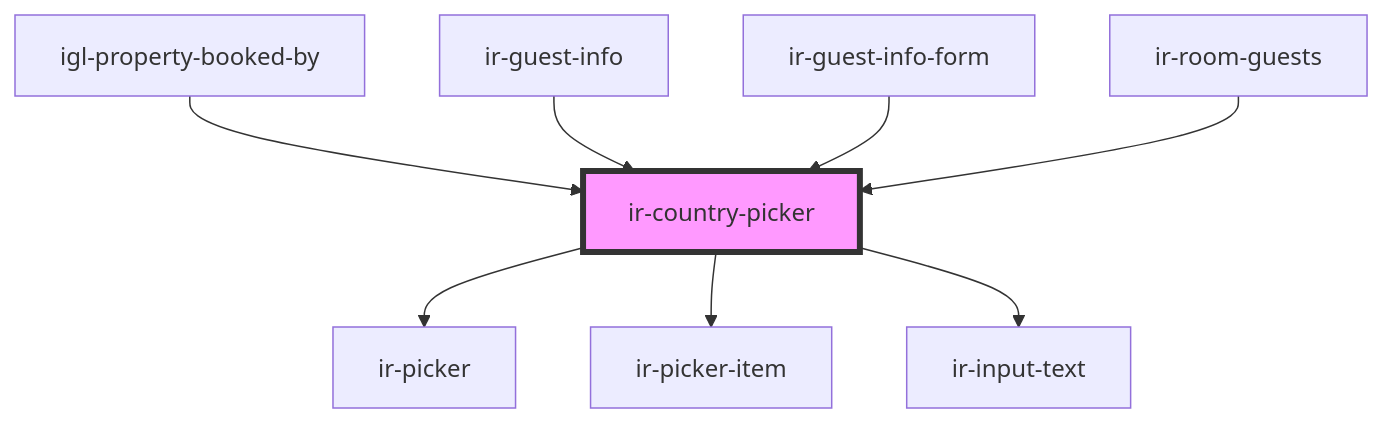
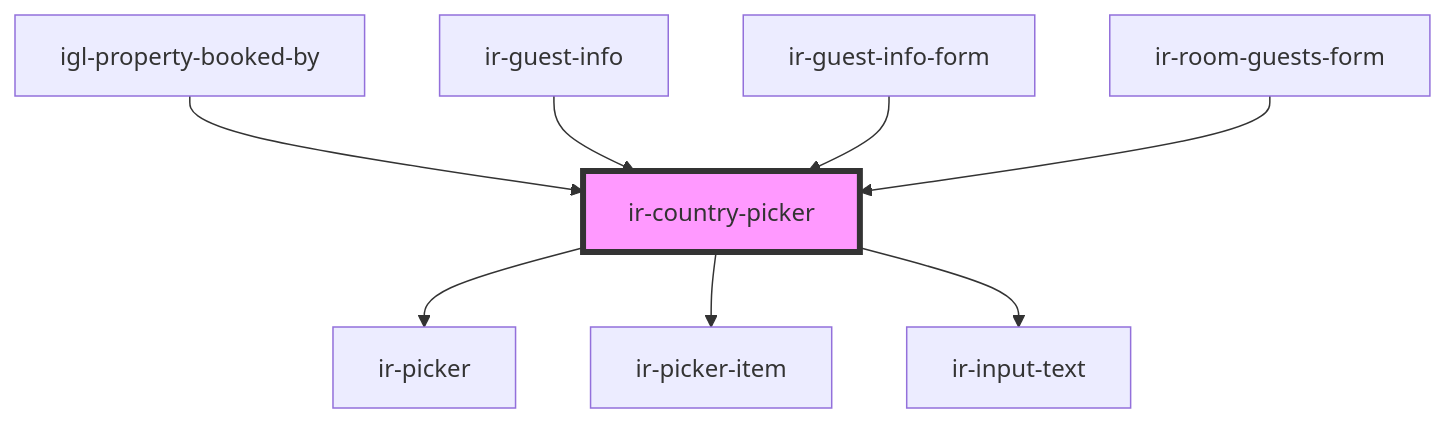
The diagram in src/components/ui/ir-country-picker/readme.md (David1Chowaifaty/modified-ir-webcmp), drawn with Mermaid before and after one commit. The commit also changed other lines of this file and 35 other files, not shown here.

First line of the commit message:
Add InvoicableItemType and update InvoicableItemSchema for type safety

````diff
--- a/src/components/ui/ir-country-picker/readme.md
+++ b/src/components/ui/ir-country-picker/readme.md
@@ -45,11 +46,11 @@
 ```mermaid
 graph TD;
   ir-country-picker --> ir-picker
   ir-country-picker --> ir-picker-item
   ir-country-picker --> ir-input-text
   igl-property-booked-by --> ir-country-picker
   ir-guest-info --> ir-country-picker
   ir-guest-info-form --> ir-country-picker
-  ir-room-guests --> ir-country-picker
+  ir-room-guests-form --> ir-country-picker
   style ir-country-picker fill:#f9f,stroke:#333,stroke-width:4px
 ```
````
